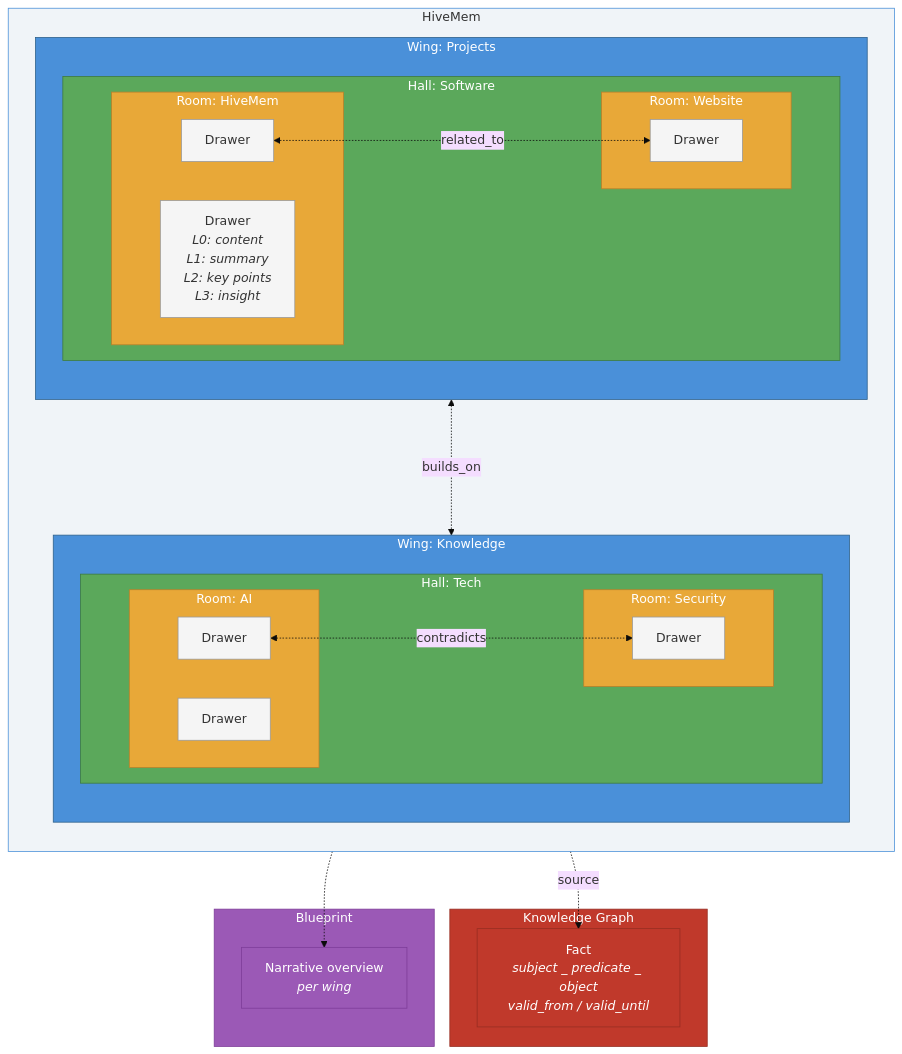
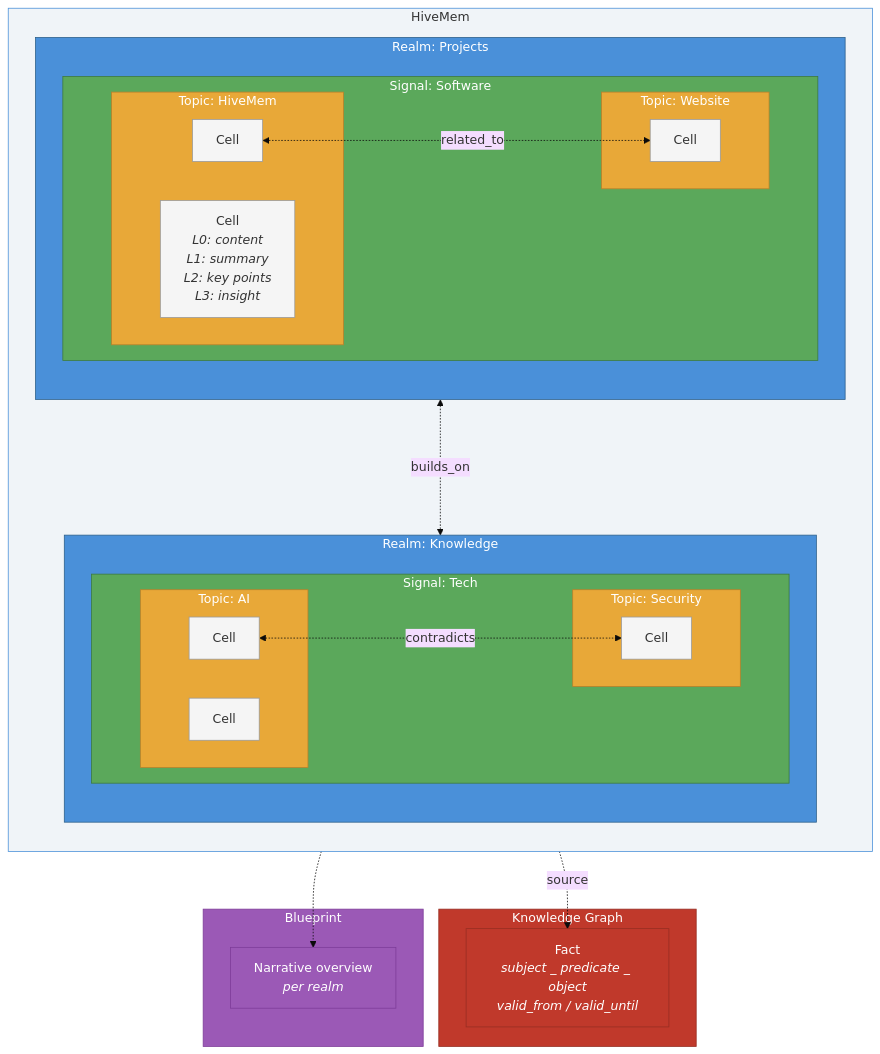
The first of 3 diagrams in README.md (ufelmann/HiveMem), drawn with Mermaid (base theme) before and after one commit. The commit also changed other lines of this file and 5 other files, not shown here.

````diff
--- a/README.md
+++ b/README.md
@@ -326,65 +326,65 @@
 ```mermaid
 graph TB
     subgraph HM["HiveMem"]
         direction TB
 
-        subgraph Wing1["Wing: Projects"]
+        subgraph Realm1["Realm: Projects"]
             direction TB
-            subgraph Hall1["Hall: Software"]
+            subgraph Signal1["Signal: Software"]
                 direction LR
-                subgraph Room1A["Room: HiveMem"]
-                    D1["Drawer<br/><i>L0: content</i><br/><i>L1: summary</i><br/><i>L2: key points</i><br/><i>L3: insight</i>"]
-                    D2["Drawer"]
+                subgraph Topic1A["Topic: HiveMem"]
+                    D1["Cell<br/><i>L0: content</i><br/><i>L1: summary</i><br/><i>L2: key points</i><br/><i>L3: insight</i>"]
+                    D2["Cell"]
                 end
-                subgraph Room1B["Room: Website"]
-                    D3["Drawer"]
+                subgraph Topic1B["Topic: Website"]
+                    D3["Cell"]
                 end
             end
         end
 
-        subgraph Wing2["Wing: Knowledge"]
+        subgraph Realm2["Realm: Knowledge"]
             direction TB
-            subgraph Hall2["Hall: Tech"]
+            subgraph Signal2["Signal: Tech"]
                 direction LR
-                subgraph Room2A["Room: AI"]
-                    D5["Drawer"]
-                    D6["Drawer"]
+                subgraph Topic2A["Topic: AI"]
+                    D5["Cell"]
+                    D6["Cell"]
                 end
-                subgraph Room2B["Room: Security"]
-                    D7["Drawer"]
+                subgraph Topic2B["Topic: Security"]
+                    D7["Cell"]
                 end
             end
         end
     end
 
     D1 <-..->|"builds_on"| D5
     D2 <-..->|"related_to"| D3
     D6 <-..->|"contradicts"| D7
 
     subgraph KG["Knowledge Graph"]
         F1["Fact<br/><i>subject _ predicate _ object</i><br/><i>valid_from / valid_until</i>"]
     end
 
     subgraph BP["Blueprint"]
-        M1["Narrative overview<br/><i>per wing</i>"]
+        M1["Narrative overview<br/><i>per realm</i>"]
     end
 
     D1 -.->|"source"| F1
-    Wing1 -.-> M1
+    Realm1 -.-> M1
 
-    classDef wing fill:#4a90d9,stroke:#2c5f8a,color:white
-    classDef hall fill:#5ba85b,stroke:#3d7a3d,color:white
-    classDef room fill:#e8a838,stroke:#b8802a,color:white
-    classDef drawer fill:#f5f5f5,stroke:#999,color:#333
+    classDef realm fill:#4a90d9,stroke:#2c5f8a,color:white
+    classDef signal fill:#5ba85b,stroke:#3d7a3d,color:white
+    classDef topic fill:#e8a838,stroke:#b8802a,color:white
+    classDef cell fill:#f5f5f5,stroke:#999,color:#333
     classDef kg fill:#c0392b,stroke:#962d22,color:white
     classDef bp fill:#9b59b6,stroke:#7d3c98,color:white
     classDef hm fill:#f0f4f8,stroke:#4a90d9,color:#333
 
-    class Wing1,Wing2 wing
-    class Hall1,Hall2 hall
-    class Room1A,Room1B,Room2A,Room2B room
-    class D1,D2,D3,D5,D6,D7 drawer
+    class Realm1,Realm2 realm
+    class Signal1,Signal2 signal
+    class Topic1A,Topic1B,Topic2A,Topic2B topic
+    class D1,D2,D3,D5,D6,D7 cell
     class KG,F1 kg
     class BP,M1 bp
     class HM hm
 ```
````
